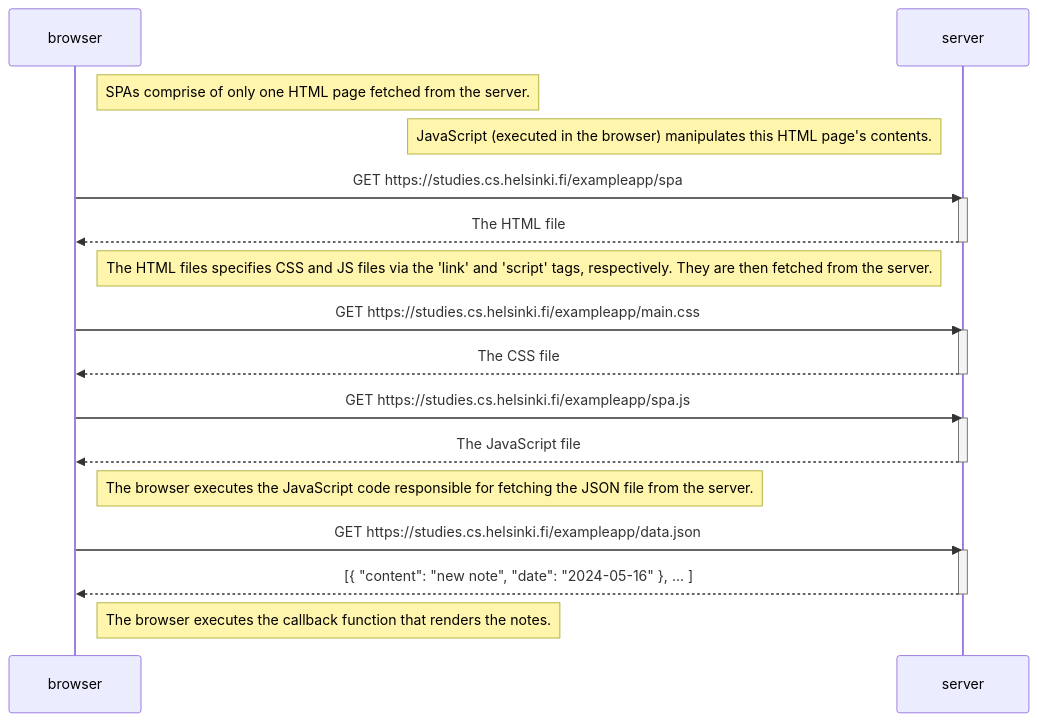
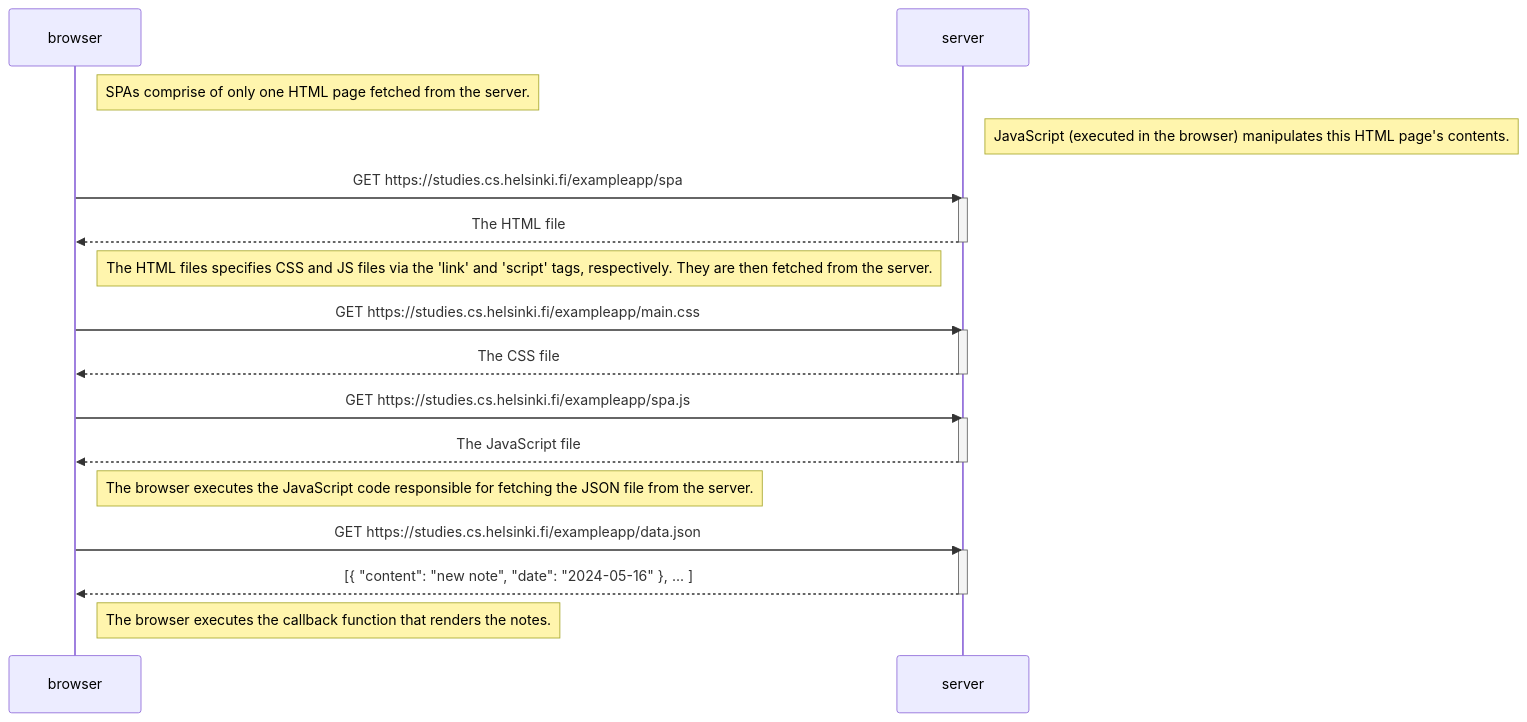
Before and after one commit to roseniv18/fullstackopen: the diagram in part0/0.5 Single page app diagram/mermaid-diagram.md, drawn with Mermaid.

Commit message:
comment positioning

````diff
--- a/part0/0.5 Single page app diagram/mermaid-diagram.md
+++ b/part0/0.5 Single page app diagram/mermaid-diagram.md
@@ -1,32 +1,32 @@
 ```mermaid
 sequenceDiagram
 participant browser
 participant server
 
     Note right of browser: SPAs comprise of only one HTML page fetched from the server.
-    Note left of server: JavaScript (executed in the browser) manipulates this HTML page's contents.
+    Note right of server: JavaScript (executed in the browser) manipulates this HTML page's contents.
     browser->>server: GET https://studies.cs.helsinki.fi/exampleapp/spa
     activate server
     server-->>browser: The HTML file
     deactivate server
 
     Note right of browser: The HTML files specifies CSS and JS files via the 'link' and 'script' tags, respectively. They are then fetched from the server.
     browser->>server: GET https://studies.cs.helsinki.fi/exampleapp/main.css
     activate server
     server-->>browser: The CSS file
     deactivate server
 
     browser->>server: GET https://studies.cs.helsinki.fi/exampleapp/spa.js
     activate server
     server-->>browser: The JavaScript file
     deactivate server
 
     Note right of browser: The browser executes the JavaScript code responsible for fetching the JSON file from the server.
 
     browser->>server: GET https://studies.cs.helsinki.fi/exampleapp/data.json
     activate server
     server-->>browser: [{ "content": "new note", "date": "2024-05-16" }, ... ]
     deactivate server
 
     Note right of browser: The browser executes the callback function that renders the notes.
 ```
````
